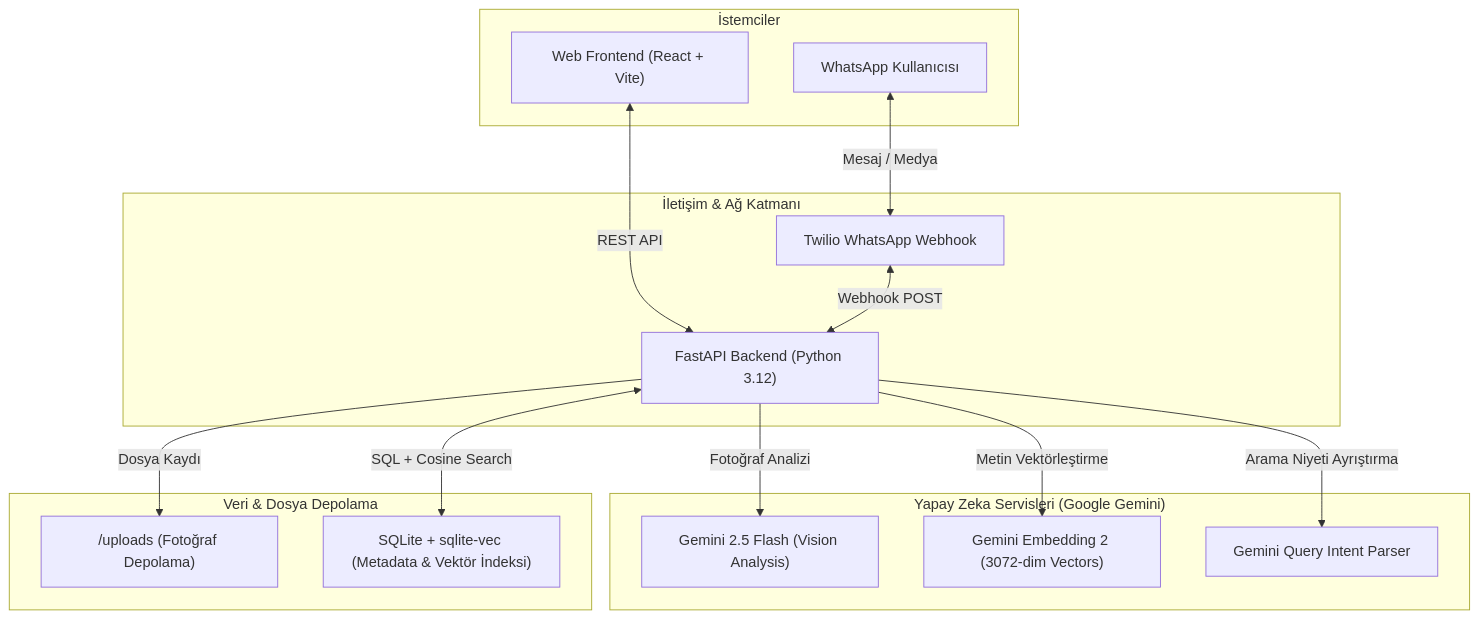
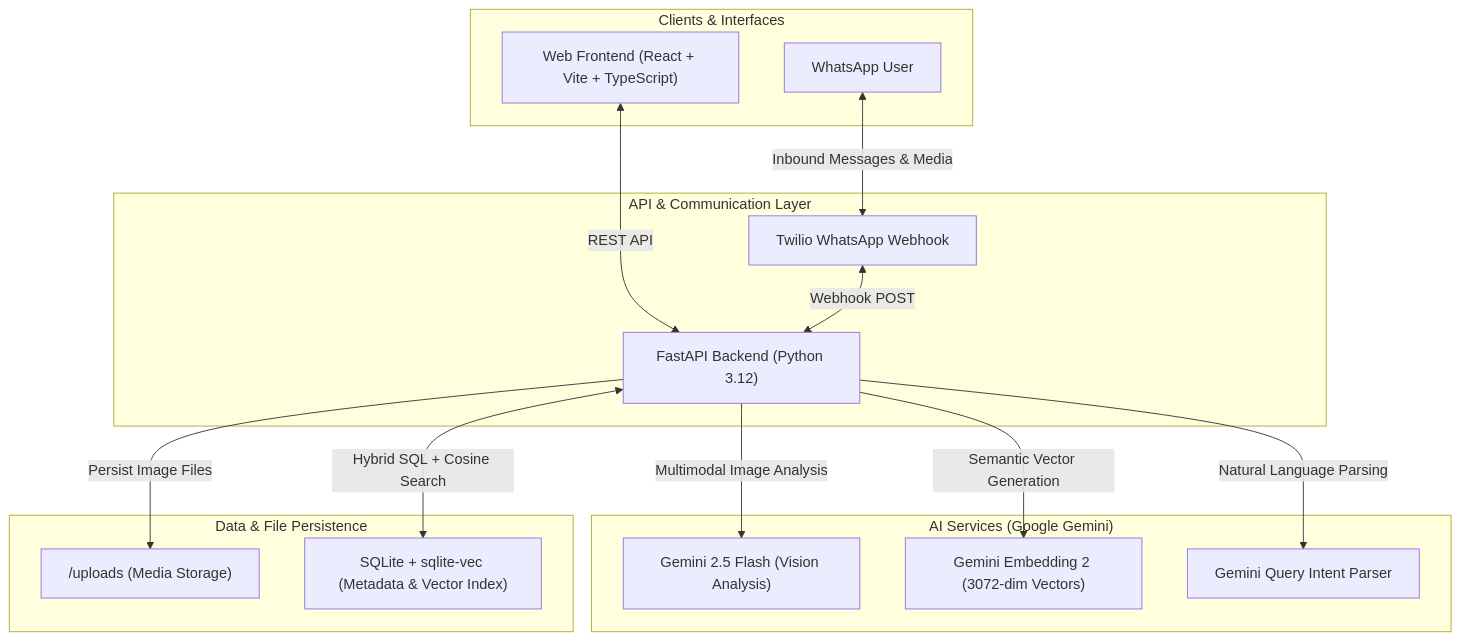
One commit to hazaltasss/aren-photo-memory changed the diagram in README.md. Above: the diagram before and after it, drawn with Mermaid. The commit also changed other lines of this file, not shown here.

````diff
--- a/README.md
+++ b/README.md
@@ -28,34 +28,34 @@
 ```mermaid
 flowchart TD
-    subgraph Clients["İstemciler"]
-        WebUI["Web Frontend (React + Vite)"]
-        WhatsApp["WhatsApp Kullanıcısı"]
+    subgraph Clients["Clients & Interfaces"]
+        WebUI["Web Frontend (React + Vite + TypeScript)"]
+        WhatsApp["WhatsApp User"]
     end
 
-    subgraph Gateway["İletişim & Ağ Katmanı"]
+    subgraph Gateway["API & Communication Layer"]
         Twilio["Twilio WhatsApp Webhook"]
         FastAPI["FastAPI Backend (Python 3.12)"]
     end
 
-    subgraph AI["Yapay Zeka Servisleri (Google Gemini)"]
+    subgraph AI["AI Services (Google Gemini)"]
         Vision["Gemini 2.5 Flash (Vision Analysis)"]
         Embedding["Gemini Embedding 2 (3072-dim Vectors)"]
         QueryParser["Gemini Query Intent Parser"]
     end
 
-    subgraph Storage["Veri & Dosya Depolama"]
-        LocalDisk["/uploads (Fotoğraf Depolama)"]
-        SQLiteVec["SQLite + sqlite-vec (Metadata & Vektör İndeksi)"]
+    subgraph Storage["Data & File Persistence"]
+        LocalDisk["/uploads (Media Storage)"]
+        SQLiteVec["SQLite + sqlite-vec (Metadata & Vector Index)"]
     end
 
     WebUI <-->|REST API| FastAPI
-    WhatsApp <-->|Mesaj / Medya| Twilio
+    WhatsApp <-->|Inbound Messages & Media| Twilio
     Twilio <-->|Webhook POST| FastAPI
 
-    FastAPI -->|Fotoğraf Analizi| Vision
-    FastAPI -->|Metin Vektörleştirme| Embedding
-    FastAPI -->|Arama Niyeti Ayrıştırma| QueryParser
+    FastAPI -->|Multimodal Image Analysis| Vision
+    FastAPI -->|Semantic Vector Generation| Embedding
+    FastAPI -->|Natural Language Parsing| QueryParser
 
-    FastAPI -->|Dosya Kaydı| LocalDisk
-    FastAPI <-->|SQL + Cosine Search| SQLiteVec
+    FastAPI -->|Persist Image Files| LocalDisk
+    FastAPI <-->|Hybrid SQL + Cosine Search| SQLiteVec
 ```
````
